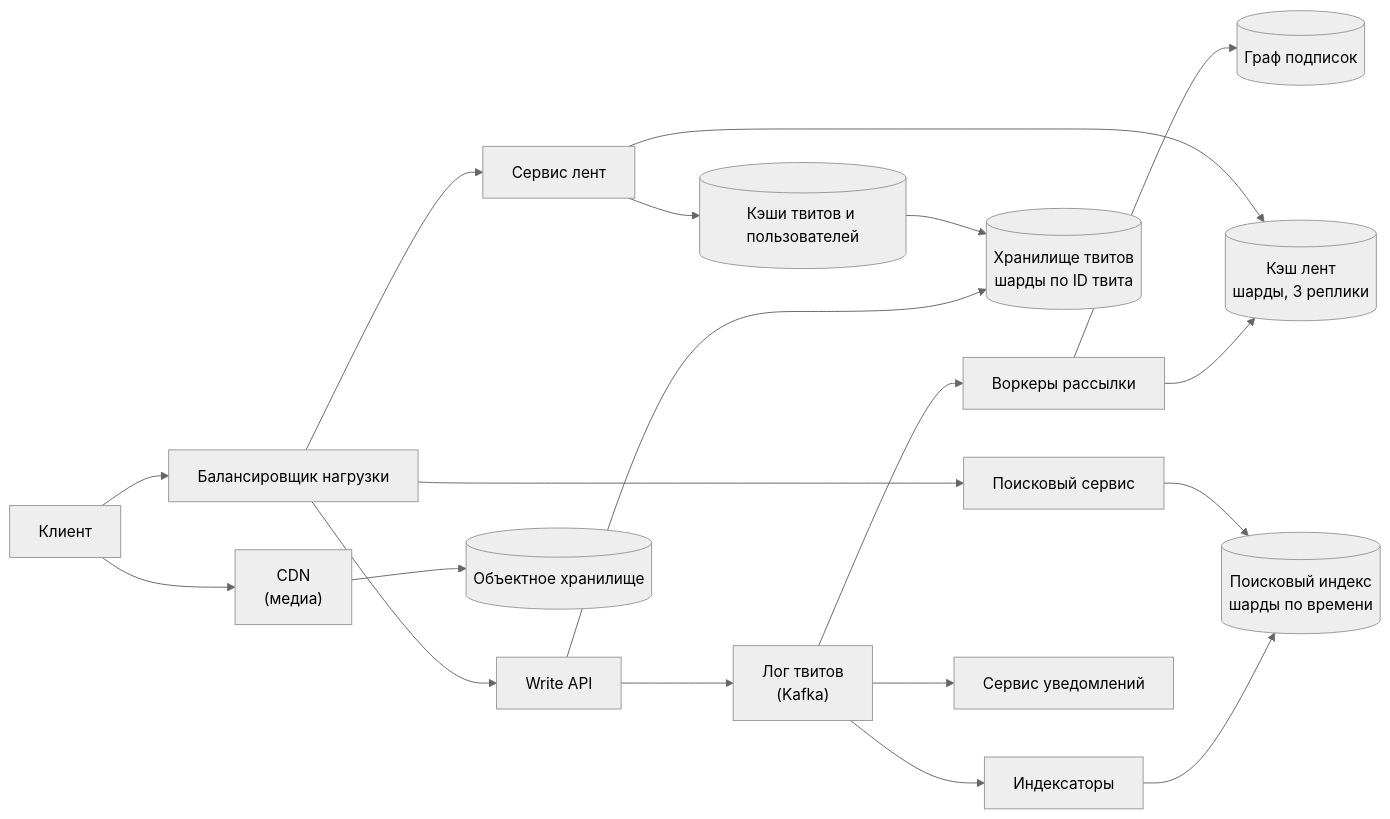
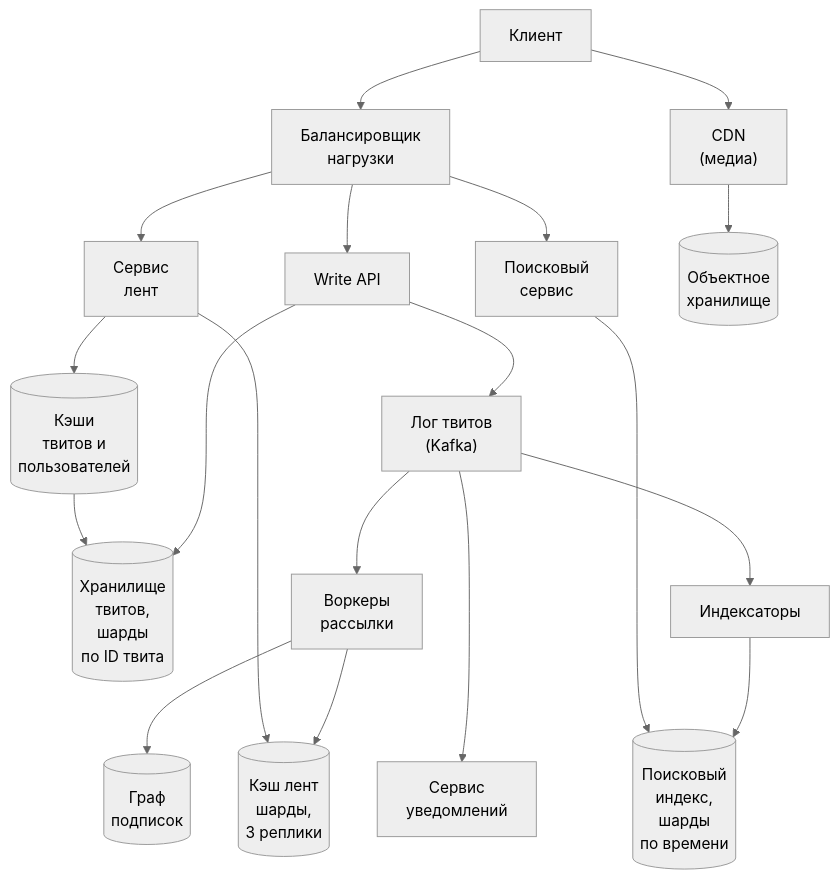
Before and after one commit to butyavk/system-design: the third of 3 diagrams in src/content/docs/ru/practice/twitter-timeline.mdx, drawn with Mermaid (neutral theme). The commit also changed other lines of this file and 144 other files, not shown here.

````diff
--- a/src/content/docs/ru/practice/twitter-timeline.mdx
+++ b/src/content/docs/ru/practice/twitter-timeline.mdx
@@ -273,20 +272,22 @@
 ```mermaid
-flowchart LR
+flowchart TB
   client["Клиент"] --> cdn["CDN<br/>(медиа)"]
-  client --> lb["Балансировщик нагрузки"]
+  client --> lb["Балансировщик<br/>нагрузки"]
   lb --> writeapi["Write API"]
-  lb --> readapi["Сервис лент"]
-  lb --> searchapi["Поисковый сервис"]
-  writeapi --> tweets[("Хранилище твитов<br/>шарды по ID твита")]
+  lb --> readapi["Сервис<br/>лент"]
+  lb --> searchapi["Поисковый<br/>сервис"]
+  writeapi --> tweets[("Хранилище<br/>твитов,<br/>шарды<br/>по ID твита")]
   writeapi --> log["Лог твитов<br/>(Kafka)"]
-  log --> fanout["Воркеры рассылки"]
-  fanout --> follows[("Граф подписок")]
-  fanout --> tlcache[("Кэш лент<br/>шарды, 3 реплики")]
-  log --> indexer["Индексаторы"] --> index[("Поисковый индекс<br/>шарды по времени")]
-  log --> notify["Сервис уведомлений"]
+  log --> fanout["Воркеры<br/>рассылки"]
+  fanout --> follows[("Граф<br/>подписок")]
+  fanout --> tlcache[("Кэш лент<br/>шарды,<br/>3 реплики")]
+  log --> indexer["Индексаторы"] --> index[("Поисковый<br/>индекс,<br/>шарды<br/>по времени")]
+  log --> notify["Сервис<br/>уведомлений"]
   readapi --> tlcache
-  readapi --> objcache[("Кэши твитов и пользователей")]
+  readapi --> objcache[("Кэши<br/>твитов и<br/>пользователей")]
   objcache --> tweets
   searchapi --> index
-  cdn --> media[("Объектное хранилище")]
+  cdn --> media[("Объектное<br/>хранилище")]
+  searchapi ~~~ log
+  fanout ~~~ notify
 ```
````
